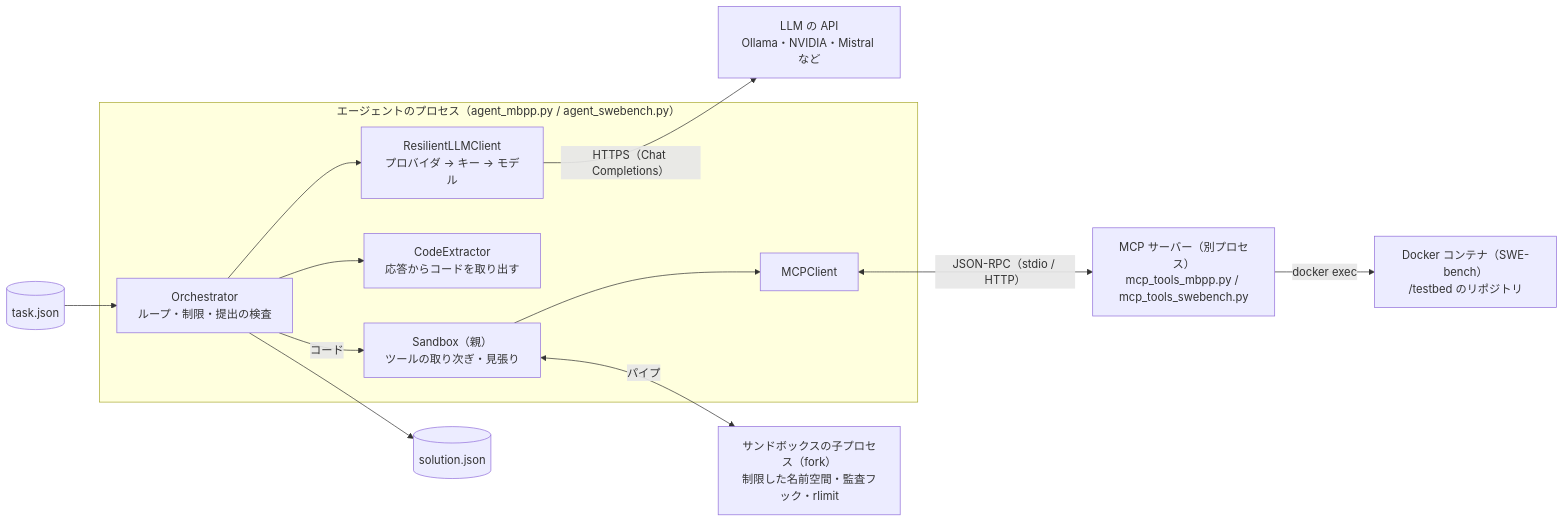
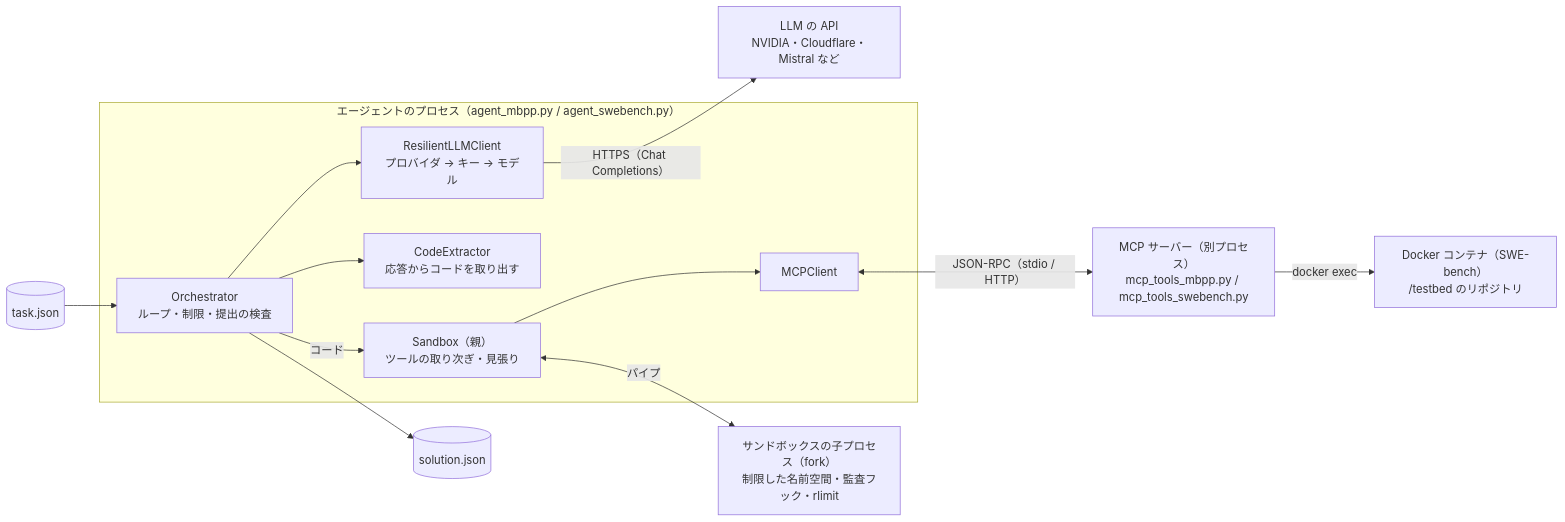
The first of 3 diagrams in README_ja.md (KenkoZousinKa/My_AgentSmith), drawn with Mermaid before and after one commit. The commit also changed other lines of this file and 1 other file, not shown here.

````diff
--- a/README_ja.md
+++ b/README_ja.md
@@ -48,20 +48,20 @@
 ```mermaid
 flowchart LR
     TASK[("task.json")] --> ORCH
     subgraph AGENT["エージェントのプロセス（agent_mbpp.py / agent_swebench.py）"]
         ORCH["Orchestrator<br>ループ・制限・提出の検査"]
         LLMC["ResilientLLMClient<br>プロバイダ → キー → モデル"]
         EXT["CodeExtractor<br>応答からコードを取り出す"]
         SBP["Sandbox（親）<br>ツールの取り次ぎ・見張り"]
         MCPC["MCPClient"]
         ORCH --> LLMC
         ORCH --> EXT
         ORCH -- コード --> SBP
         SBP --> MCPC
     end
-    LLMC -- "HTTPS（Chat Completions）" --> API["LLM の API<br>Ollama・NVIDIA・Mistral など"]
+    LLMC -- "HTTPS（Chat Completions）" --> API["LLM の API<br>NVIDIA・Cloudflare・Mistral など"]
     SBP <-- "パイプ" --> CHILD["サンドボックスの子プロセス（fork）<br>制限した名前空間・監査フック・rlimit"]
     MCPC <-- "JSON-RPC（stdio / HTTP）" --> SRV["MCP サーバー（別プロセス）<br>mcp_tools_mbpp.py / mcp_tools_swebench.py"]
     SRV -- "docker exec" --> DOCKER["Docker コンテナ（SWE-bench）<br>/testbed のリポジトリ"]
     ORCH --> SOL[("solution.json")]
 ```
````
